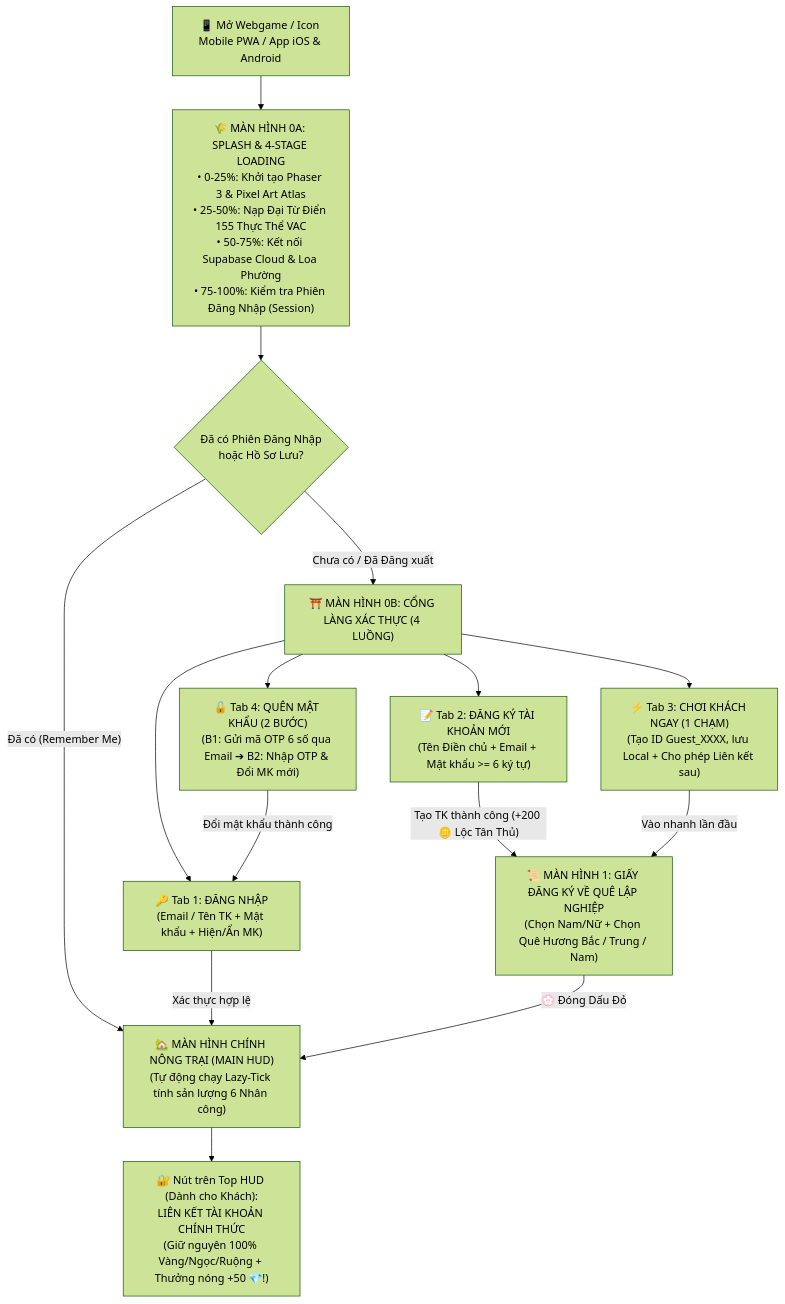
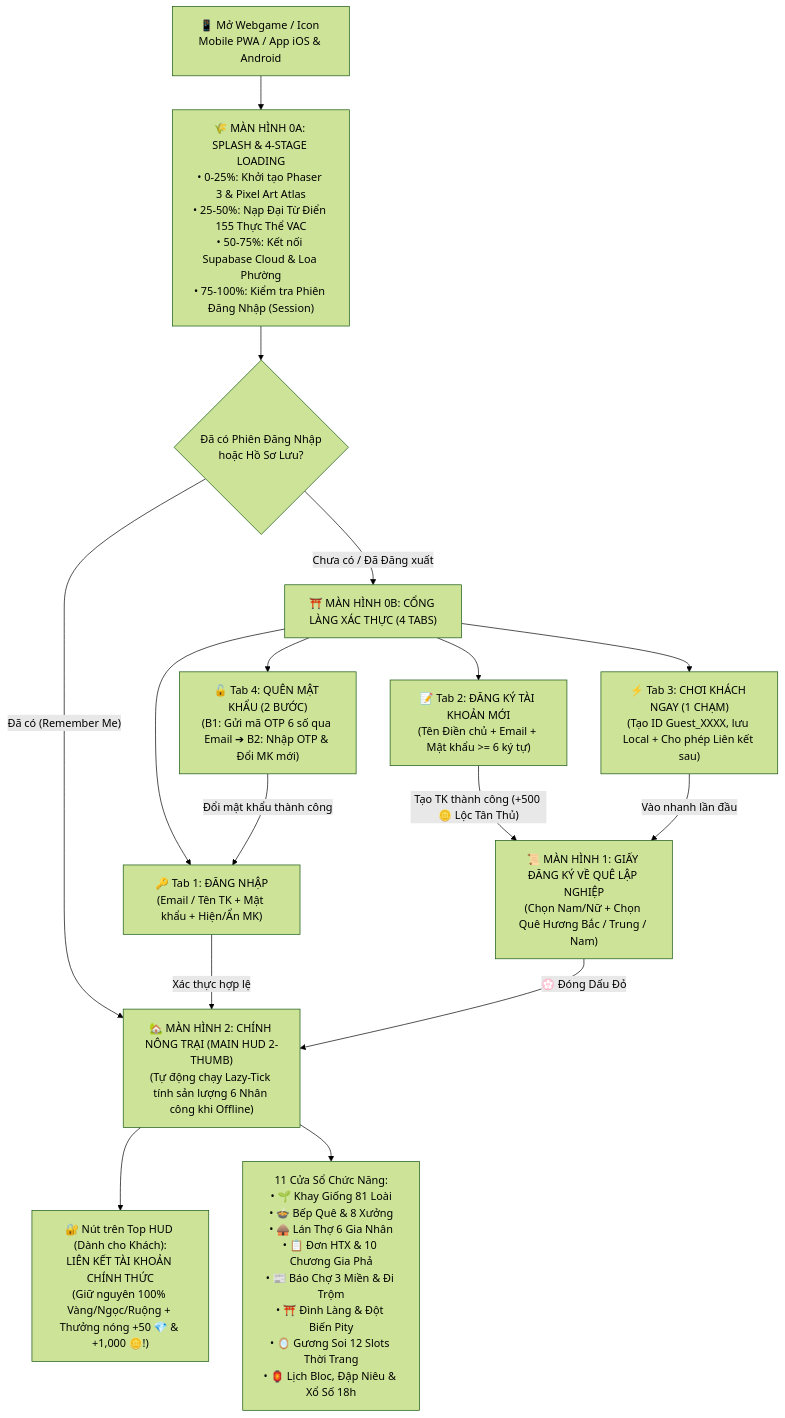
Before and after one commit to ducpham2806/VAC_Online: the first of 2 diagrams in 06_MASTER_UI_UX_Wireframe_Va_Flow_Toan_Bo_Tinh_Nang.md, drawn with Mermaid (forest theme). The commit also changed other lines of this file and 9 other files, not shown here.

````diff
--- a/06_MASTER_UI_UX_Wireframe_Va_Flow_Toan_Bo_Tinh_Nang.md
+++ b/06_MASTER_UI_UX_Wireframe_Va_Flow_Toan_Bo_Tinh_Nang.md
@@ -10,21 +11,22 @@
 ```mermaid
 flowchart TD
     Boot["📱 Mở Webgame / Icon Mobile PWA / App iOS & Android"] --> Splash["🌾 MÀN HÌNH 0A: SPLASH & 4-STAGE LOADING\n• 0-25%: Khởi tạo Phaser 3 & Pixel Art Atlas\n• 25-50%: Nạp Đại Từ Điển 155 Thực Thể VAC\n• 50-75%: Kết nối Supabase Cloud & Loa Phường\n• 75-100%: Kiểm tra Phiên Đăng Nhập (Session)"]
 
     Splash --> HasSession{"Đã có Phiên Đăng Nhập\nhoặc Hồ Sơ Lưu?"}
-    HasSession -- "Đã có (Remember Me)" --> MainHUD["🏡 MÀN HÌNH CHÍNH NÔNG TRẠI (MAIN HUD)\n(Tự động chạy Lazy-Tick tính sản lượng 6 Nhân công)"]
-    HasSession -- "Chưa có / Đã Đăng xuất" --> AuthGate["⛩️ MÀN HÌNH 0B: CỔNG LÀNG XÁC THỰC (4 LUỒNG)"]
+    HasSession -- "Đã có (Remember Me)" --> MainHUD["🏡 MÀN HÌNH 2: CHÍNH NÔNG TRẠI (MAIN HUD 2-THUMB)\n(Tự động chạy Lazy-Tick tính sản lượng 6 Nhân công khi Offline)"]
+    HasSession -- "Chưa có / Đã Đăng xuất" --> AuthGate["⛩️ MÀN HÌNH 0B: CỔNG LÀNG XÁC THỰC (4 TABS)"]
 
     AuthGate --> TabLogin["🔑 Tab 1: ĐĂNG NHẬP\n(Email / Tên TK + Mật khẩu + Hiện/Ẩn MK)"]
     AuthGate --> TabSignup["📝 Tab 2: ĐĂNG KÝ TÀI KHOẢN MỚI\n(Tên Điền chủ + Email + Mật khẩu >= 6 ký tự)"]
     AuthGate --> TabGuest["⚡ Tab 3: CHƠI KHÁCH NGAY (1 CHẠM)\n(Tạo ID Guest_XXXX, lưu Local + Cho phép Liên kết sau)"]
     AuthGate --> TabForgot["🔓 Tab 4: QUÊN MẬT KHẨU (2 BƯỚC)\n(B1: Gửi mã OTP 6 số qua Email ➔ B2: Nhập OTP & Đổi MK mới)"]
 
     TabLogin -- "Xác thực hợp lệ" --> MainHUD
     TabForgot -- "Đổi mật khẩu thành công" --> TabLogin
-    TabSignup -- "Tạo TK thành công (+200 🪙 Lộc Tân Thủ)" --> CharSelect["📜 MÀN HÌNH 1: GIẤY ĐĂNG KÝ VỀ QUÊ LẬP NGHIỆP\n(Chọn Nam/Nữ + Chọn Quê Hương Bắc / Trung / Nam)"]
+    TabSignup -- "Tạo TK thành công (+500 🪙 Lộc Tân Thủ)" --> CharSelect["📜 MÀN HÌNH 1: GIẤY ĐĂNG KÝ VỀ QUÊ LẬP NGHIỆP\n(Chọn Nam/Nữ + Chọn Quê Hương Bắc / Trung / Nam)"]
     TabGuest -- "Vào nhanh lần đầu" --> CharSelect
     CharSelect -- "💮 Đóng Dấu Đỏ" --> MainHUD
 
-    MainHUD --> BindGuest["🔐 Nút trên Top HUD (Dành cho Khách):\nLIÊN KẾT TÀI KHOẢN CHÍNH THỨC\n(Giữ nguyên 100% Vàng/Ngọc/Ruộng + Thưởng nóng +50 💎!)"]
+    MainHUD --> BindGuest["🔐 Nút trên Top HUD (Dành cho Khách):\nLIÊN KẾT TÀI KHOẢN CHÍNH THỨC\n(Giữ nguyên 100% Vàng/Ngọc/Ruộng + Thưởng nóng +50 💎 & +1,000 🪙!)"]
+    MainHUD --> Modals["11 Cửa Sổ Chức Năng:\n• 🌱 Khay Giống 81 Loài\n• 🍲 Bếp Quê & 8 Xưởng\n• 🛖 Lán Thợ 6 Gia Nhân\n• 📋 Đơn HTX & 10 Chương Gia Phả\n• 📰 Báo Chợ 3 Miền & Đi Trộm\n• ⛩️ Đình Làng & Đột Biến Pity\n• 🪞 Gương Soi 12 Slots Thời Trang\n• 🏮 Lịch Bloc, Đập Niêu & Xổ Số 18h"]
 ```
````
